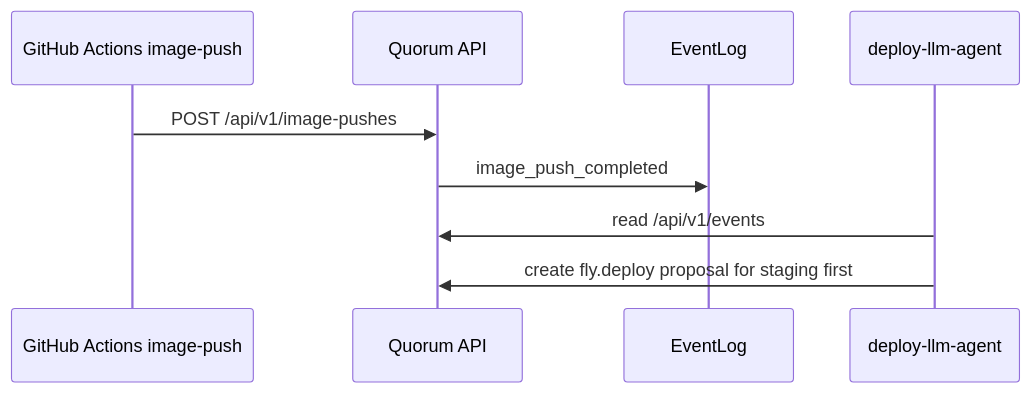
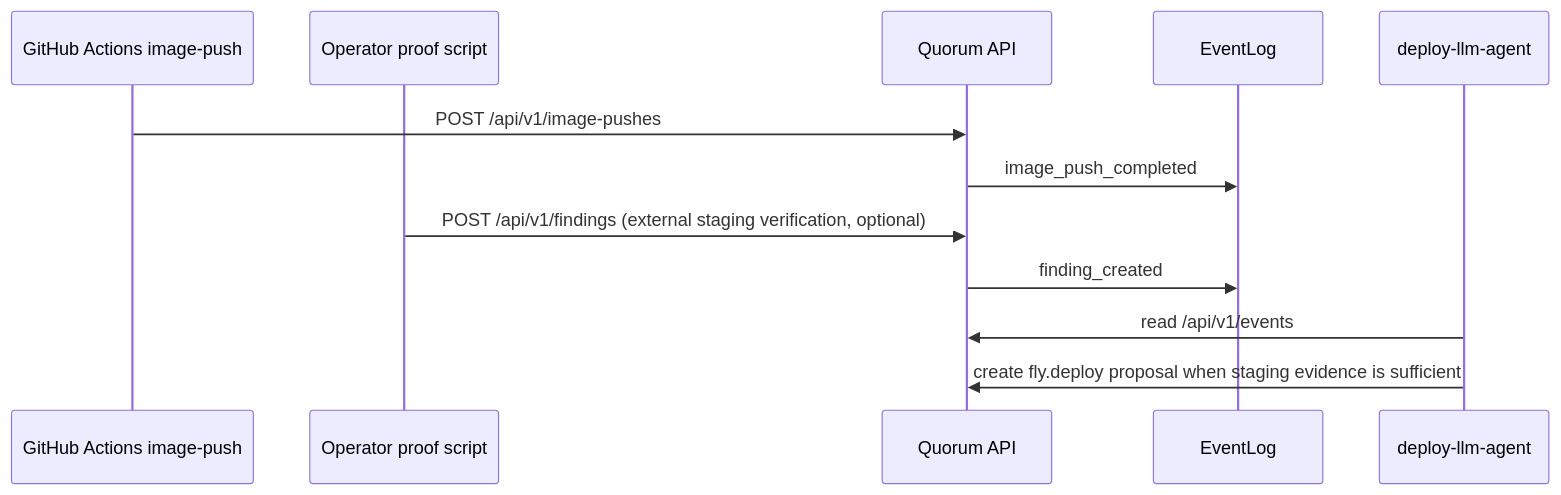
The fifth of 5 diagrams in docs/ARCHITECTURE.md (jaydenpiao/quorum), drawn with Mermaid before and after one commit. The commit also changed other lines of this file and 9 other files, not shown here.

Commit message:
chore(demo): add external staging proof mode (#95)

````diff
--- a/docs/ARCHITECTURE.md
+++ b/docs/ARCHITECTURE.md
@@ -264,12 +264,15 @@
 ```mermaid
 sequenceDiagram
     participant CI as GitHub Actions image-push
+    participant O as Operator proof script
     participant API as Quorum API
     participant L as EventLog
     participant D as deploy-llm-agent
 
     CI->>API: POST /api/v1/image-pushes
     API->>L: image_push_completed
+    O->>API: POST /api/v1/findings (external staging verification, optional)
+    API->>L: finding_created
     D->>API: read /api/v1/events
-    D->>API: create fly.deploy proposal for staging first
+    D->>API: create fly.deploy proposal when staging evidence is sufficient
 ```
````
